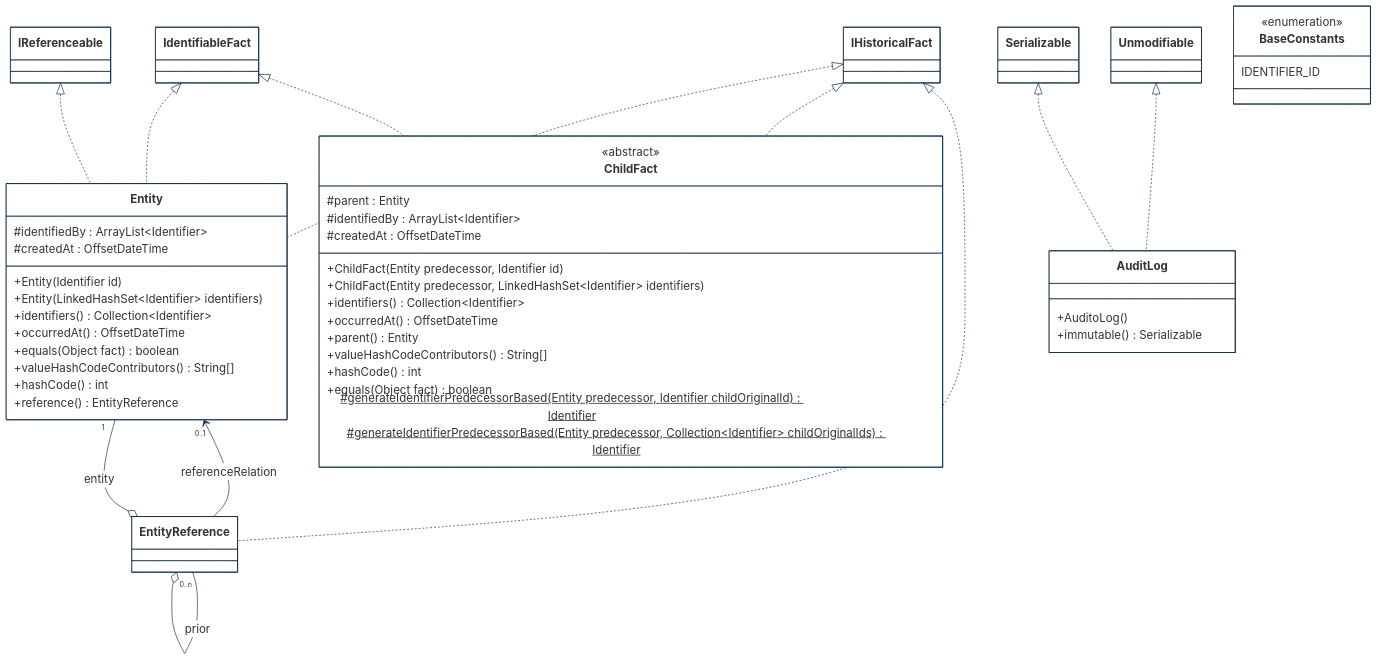
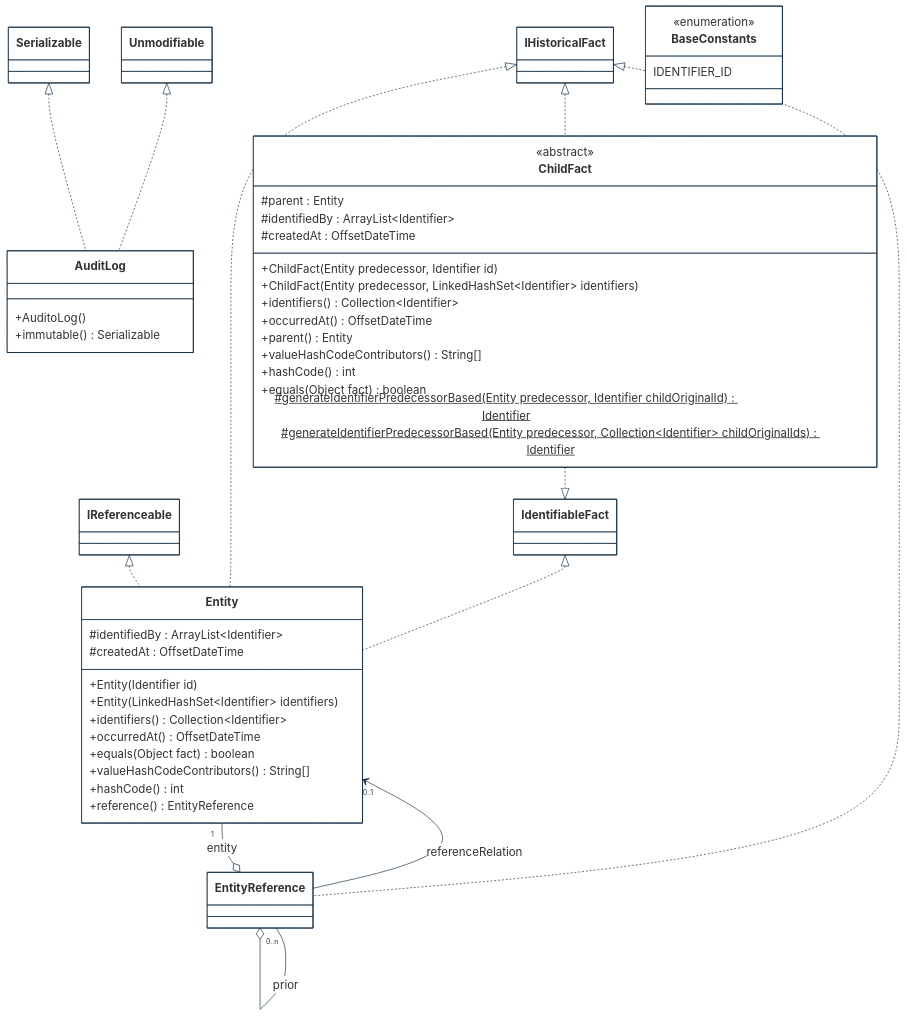
One commit to cybnity/foundation changed the first of 5 diagrams in implementations-line/framework/immutable/designview-packages.md. Above: the diagram before and after it, drawn with Mermaid.

````diff
--- a/implementations-line/framework/immutable/designview-packages.md
+++ b/implementations-line/framework/immutable/designview-packages.md
@@ -35,71 +35,71 @@
 ```mermaid
 %%{
   init: {
     'theme': 'base',
     'themeVariables': {
         'background': '#ffffff',
         'fontFamily': 'arial',
         'fontSize': '18px',
         'primaryColor': '#fff',
         'primaryBorderColor': '#0e2a43',
         'secondaryBorderColor': '#0e2a43',
         'tertiaryBorderColor': '#0e2a43',
         'edgeLabelBackground':'#0e2a43',
         'lineColor': '#0e2a43',
         'tertiaryColor': '#fff'
     }
   }
 }%%
 classDiagram
     IReferenceable <|.. Entity
-    IdentifiableFact <|.. ChildFact
+    ChildFact ..|> IdentifiableFact
     IdentifiableFact <|.. Entity
     IHistoricalFact <|.. EntityReference
     IHistoricalFact <|.. ChildFact
     Entity "0..1" <-- EntityReference : referenceRelation
     Entity "1" --o EntityReference : entity
     IHistoricalFact <|.. Entity
     Unmodifiable <|.. AuditLog
     Serializable <|.. AuditLog
     EntityReference "0..n" --o EntityReference : prior
 
     class Entity {
         #identifiedBy : ArrayList~Identifier~
         #createdAt : OffsetDateTime
         +Entity(Identifier id)
         +Entity(LinkedHashSet~Identifier~ identifiers)
         +identifiers() Collection~Identifier~
         +occurredAt() OffsetDateTime
         +equals(Object fact) boolean
         +valueHashCodeContributors() String[]
         +hashCode() int
         +reference() EntityReference
     }
     class AuditLog {
         +AuditoLog()
         +immutable() Serializable
     }
     class ChildFact {
         <<abstract>>
         #parent : Entity
         #identifiedBy : ArrayList~Identifier~
         #createdAt : OffsetDateTime
         +ChildFact(Entity predecessor, Identifier id)
         +ChildFact(Entity predecessor, LinkedHashSet~Identifier~ identifiers)
         +identifiers() Collection~Identifier~
         +occurredAt() OffsetDateTime
         +parent() Entity
         +valueHashCodeContributors() String[]
         +hashCode() int
         +equals(Object fact) boolean
         #generateIdentifierPredecessorBased(Entity predecessor, Identifier childOriginalId)$ Identifier
         #generateIdentifierPredecessorBased(Entity predecessor, Collection~Identifier~ childOriginalIds)$ Identifier
     }
     class BaseConstants {
         <<enumeration>>
         IDENTIFIER_ID
     }
     class EntityReference {
     }
 
 ```
````
